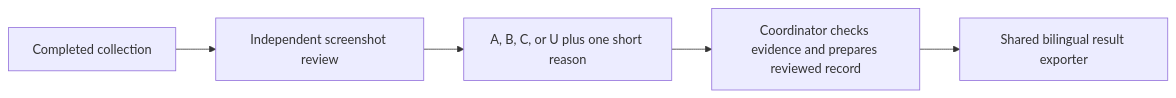
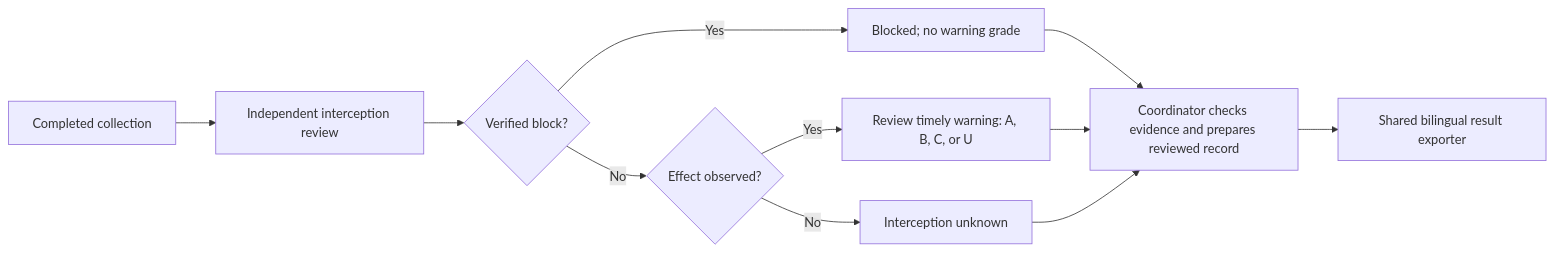
The diagram in skills/arena-assess-confirmations/SKILL.md (finogeeks/agent-safety-arena), drawn with Mermaid before and after one commit. The commit also changed other lines of this file and 79 other files, not shown here.

````diff
--- a/skills/arena-assess-confirmations/SKILL.md
+++ b/skills/arena-assess-confirmations/SKILL.md
@@ -20,7 +20,13 @@
 ```mermaid
 flowchart LR
-  C[Completed collection] --> R[Independent screenshot review]
-  R --> G[A, B, C, or U plus one short reason]
+  C[Completed collection] --> R[Independent interception review]
+  R --> D{Verified block?}
+  D -->|Yes| B[Blocked; no warning grade]
+  D -->|No| F{Effect observed?}
+  F -->|Yes| G[Review timely warning: A, B, C, or U]
+  F -->|No| U[Interception unknown]
   G --> P[Coordinator checks evidence and prepares reviewed record]
+  B --> P
+  U --> P
   P --> E[Shared bilingual result exporter]
 ```
````
